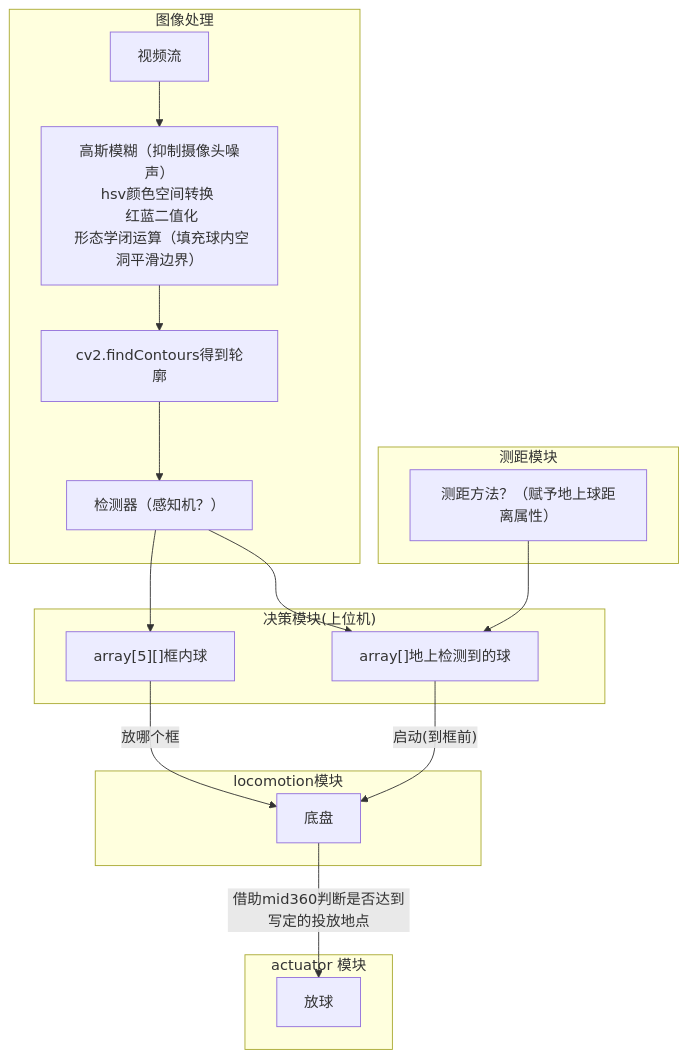
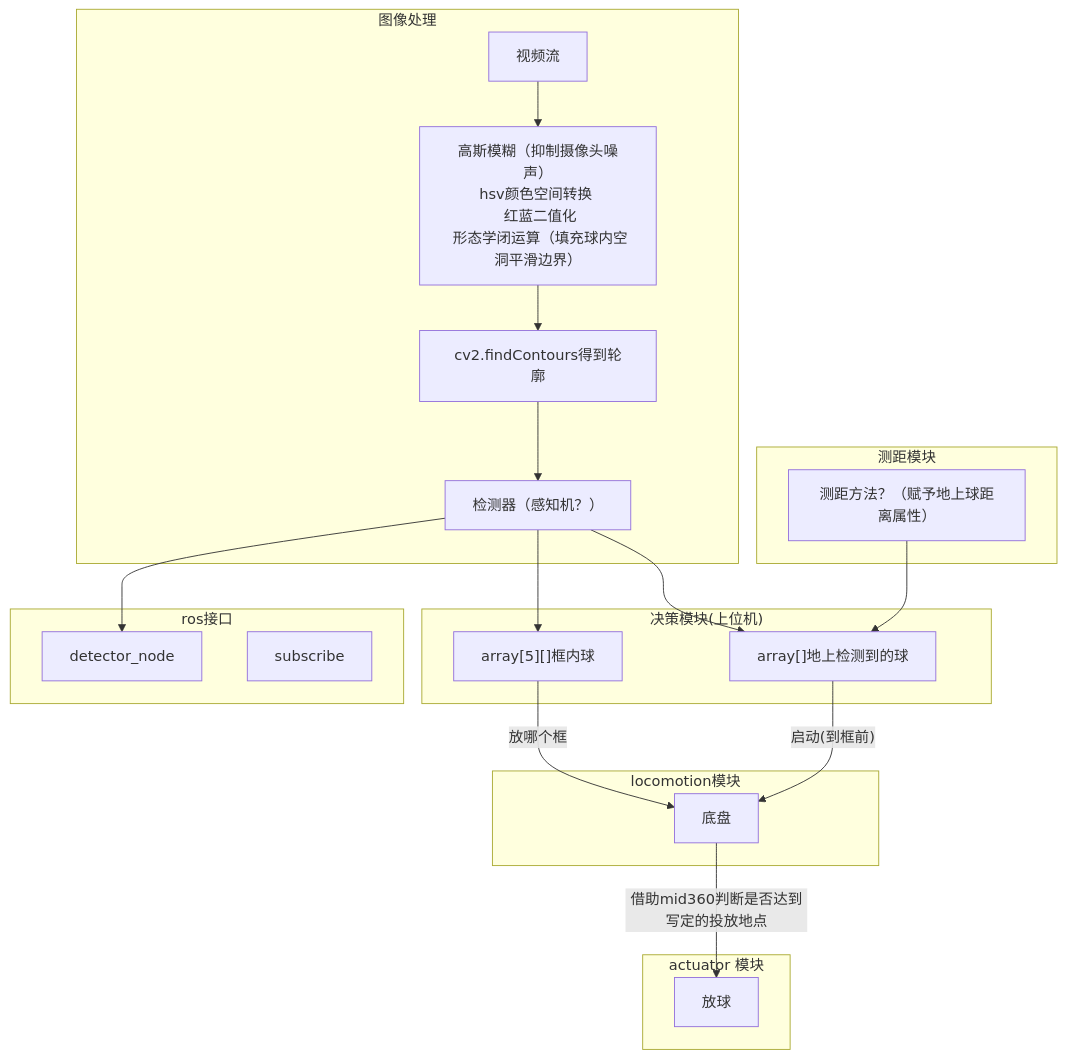
One commit to WeisonWEileen/ares_2024_r2 changed the diagram in src/README.md. Above: the diagram before and after it, drawn with Mermaid. The commit also changed 5 other files, not shown here.

````diff
--- a/src/README.md
+++ b/src/README.md
@@ -2,28 +2,33 @@
 ```mermaid
 flowchart TB;
     subgraph "决策模块(上位机)"
          7["array[]地上检测到的球"]
          9["array[5][]框内球"]
     end
     subgraph 图像处理
         1[视频流]-->5[高斯模糊（抑制摄像头噪声）<br>hsv颜色空间转换 <br> 红蓝二值化<br> 形态学闭运算（填充球内空洞平滑边界）]-->3[cv2.findContours得到轮廓]-->6[检测器（感知机？）]
         6-->7
         6-->9
     end
 
 
     subgraph 测距模块
         8[测距方法？（赋予地上球距离属性）]-->7
     end
 
+    subgraph ros接口
+        6-->88[detector_node]
+        subscribe
+    end
+
     subgraph locomotion模块
         7--启动(到框前)-->10[底盘]
         9--放哪个框-->10
     end
 
     subgraph actuator 模块
         10--借助mid360判断是否达到写定的投放地点--> 13[放球]
     end
 
 
 ```
````
